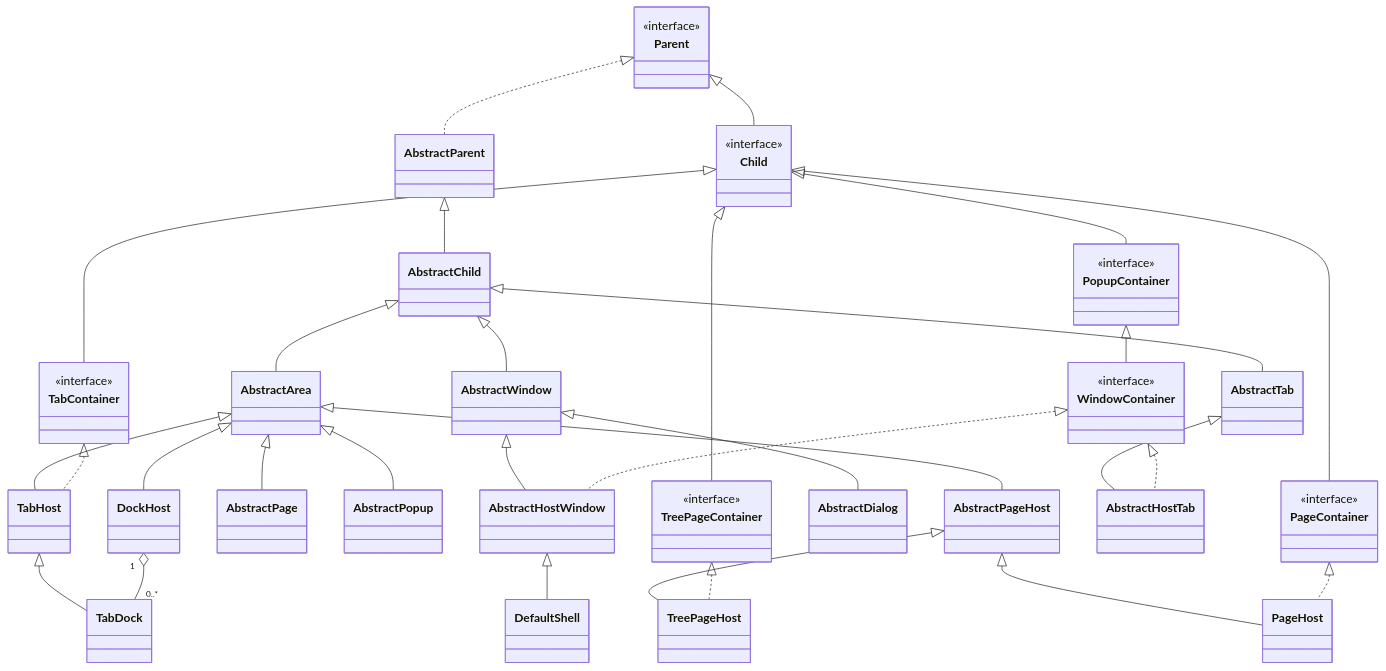
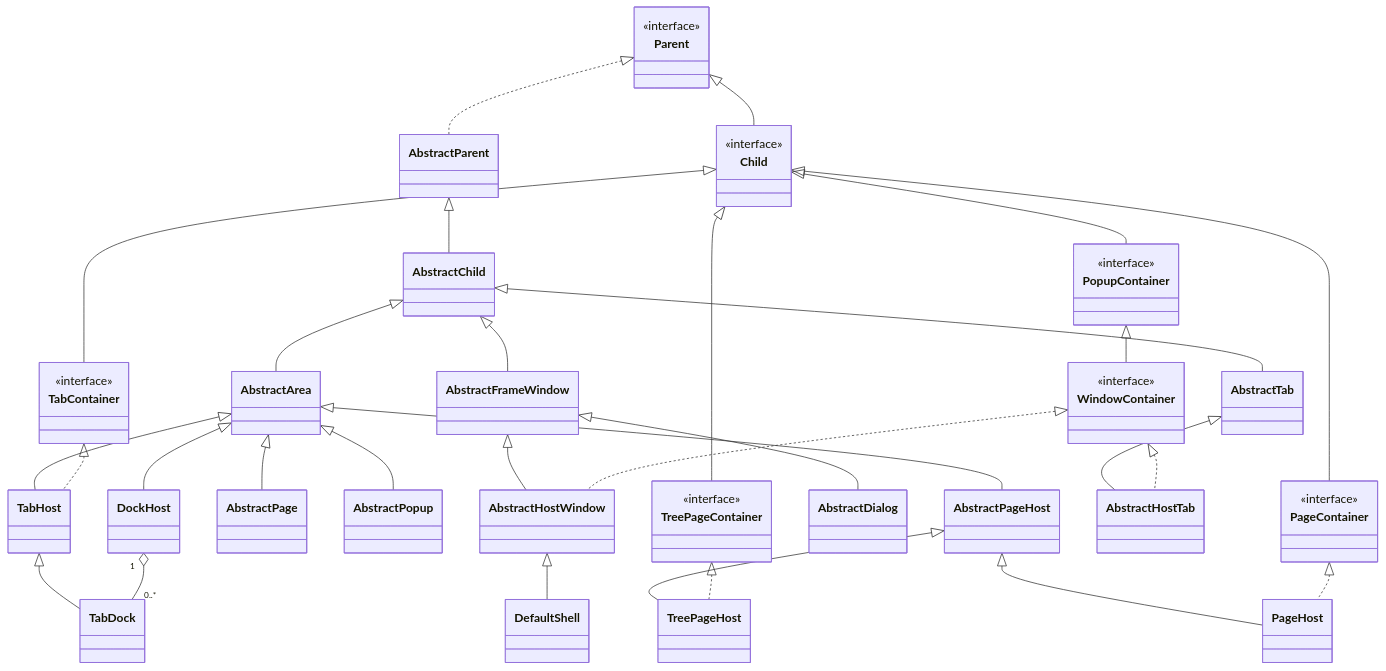
One commit to techsenger/shellfx changed the first of 3 diagrams in README.md. Above: the diagram before and after it, drawn with Mermaid. The commit also changed other lines of this file and 30 other files, not shown here.

Commit message:
Rename AbstractWindow to AbstractFrameWindow

```diff
--- a/README.md
+++ b/README.md
@@ -238,7 +238,7 @@
 class TabHost
 class TabDock
 
-class AbstractWindow
+class AbstractFrameWindow
 class AbstractDialog
 class AbstractHostWindow
 class DefaultShell
@@ -260,7 +260,7 @@
 AbstractParent <|-- AbstractChild
 
 AbstractChild <|-- AbstractArea
-AbstractChild <|-- AbstractWindow
+AbstractChild <|-- AbstractFrameWindow
 AbstractChild <|-- AbstractTab
 
 AbstractArea <|-- AbstractPage
@@ -273,8 +273,8 @@
 
 TabHost <|-- TabDock
 
-AbstractWindow <|-- AbstractDialog
-AbstractWindow <|-- AbstractHostWindow
+AbstractFrameWindow <|-- AbstractDialog
+AbstractFrameWindow <|-- AbstractHostWindow
 
 AbstractHostWindow <|-- DefaultShell
 
```
